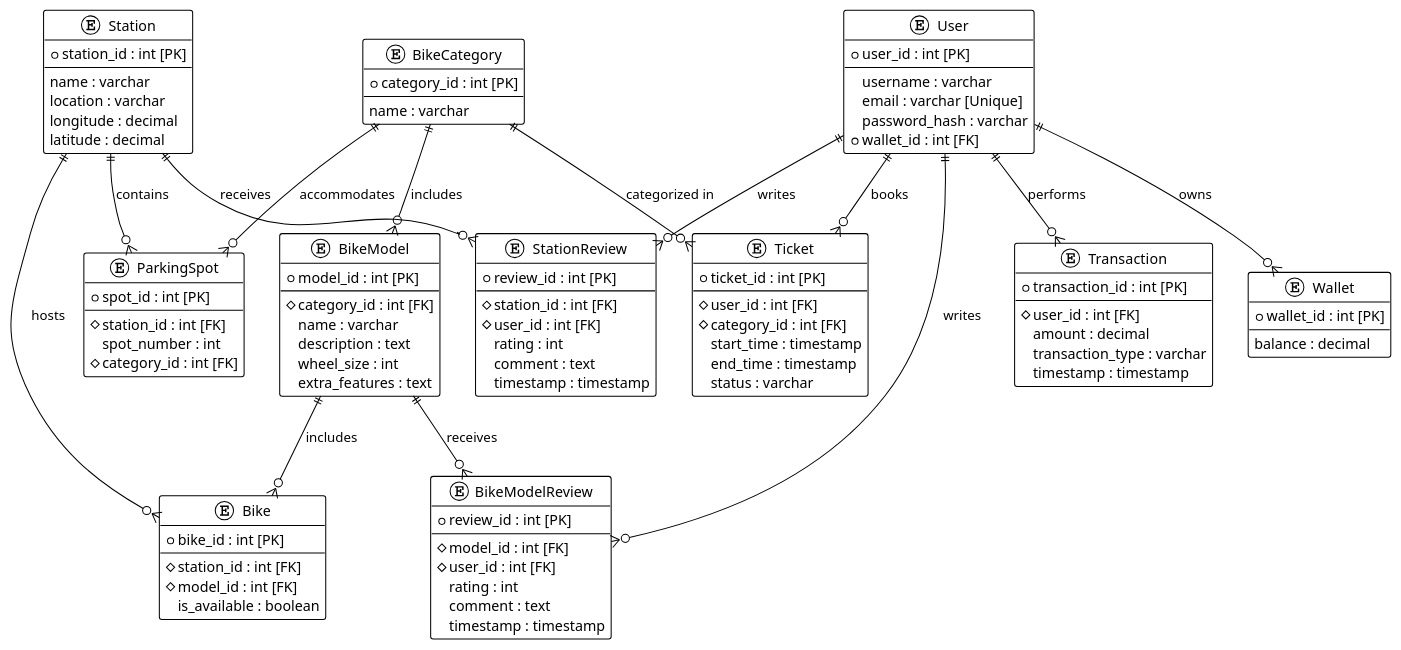
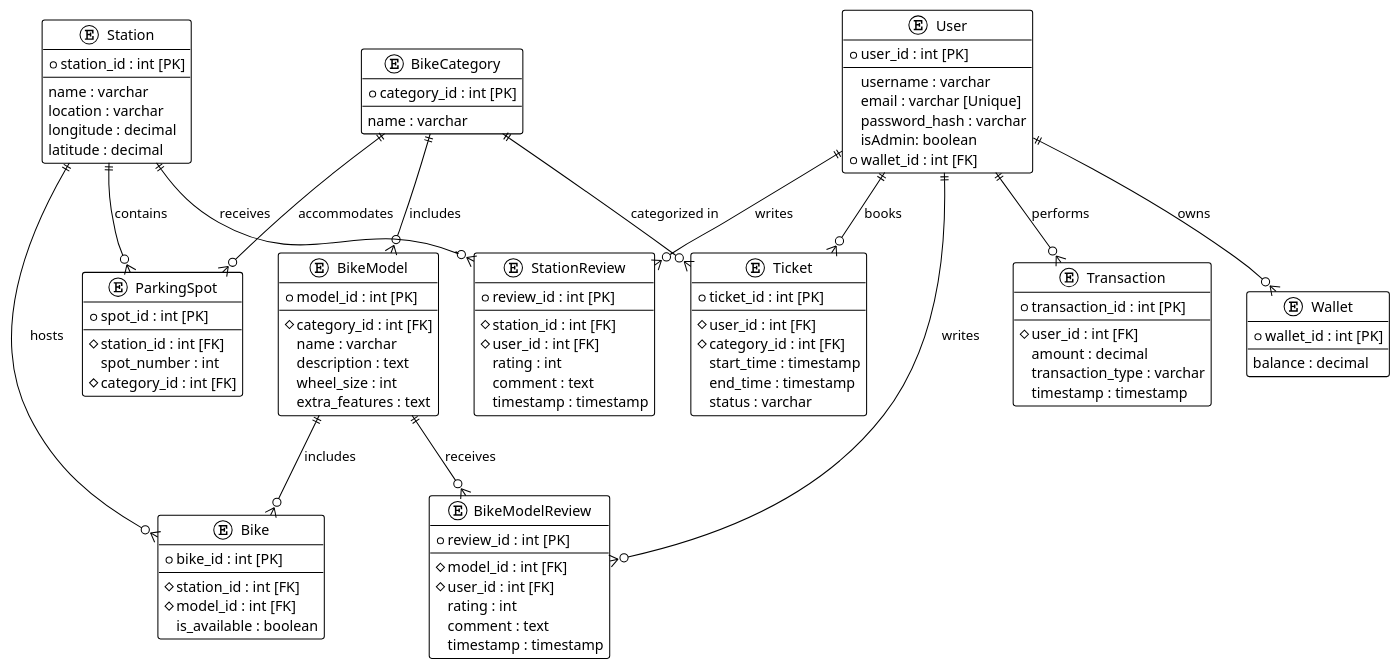
The diagram in database.puml (uni-aau/web-project), drawn with PlantUML before and after one commit. The commit also changed 5 other files, not shown here.

```diff
--- a/database.puml
+++ b/database.puml
@@ -1,113 +1,114 @@
 @startuml
 !theme plain
 
 entity "User" {
   +user_id : int [PK]
   --
   username : varchar
   email : varchar [Unique]
   password_hash : varchar
+  isAdmin: boolean
   +wallet_id : int [FK]
 }
 
 entity "Wallet" {
   +wallet_id : int [PK]
   --
   balance : decimal
 }
 
 entity "Station" {
   +station_id : int [PK]
   --
   name : varchar
   location : varchar
   longitude : decimal
   latitude : decimal
 }
 
 entity "BikeCategory" {
   +category_id : int [PK]
   --
   name : varchar
 }
 
 entity "BikeModel" {
   +model_id : int [PK]
   --
   #category_id : int [FK]
   name : varchar
   description : text
   wheel_size : int
   extra_features : text
 }
 
 entity "Bike" {
   +bike_id : int [PK]
   --
   #station_id : int [FK]
   #model_id : int [FK]
   is_available : boolean
 }
 
 entity "Ticket" {
   +ticket_id : int [PK]
   --
   #user_id : int [FK]
   #category_id : int [FK]
   start_time : timestamp
   end_time : timestamp
   status : varchar
 }
 
 entity "Transaction" {
   +transaction_id : int [PK]
   --
   #user_id : int [FK]
   amount : decimal
   transaction_type : varchar
   timestamp : timestamp
 }
 
 entity "ParkingSpot" {
   +spot_id : int [PK]
   --
   #station_id : int [FK]
   spot_number : int
   #category_id : int [FK]
 }
 
 entity "StationReview" {
   +review_id : int [PK]
   --
   #station_id : int [FK]
   #user_id : int [FK]
   rating : int
   comment : text
   timestamp : timestamp
 }
 
 entity "BikeModelReview" {
   +review_id : int [PK]
   --
   #model_id : int [FK]
   #user_id : int [FK]
   rating : int
   comment : text
   timestamp : timestamp
 }
 
 User ||--o{ Wallet : "owns"
 User ||--o{ Ticket : "books"
 User ||--o{ Transaction : "performs"
 User ||--o{ StationReview : "writes"
 User ||--o{ BikeModelReview : "writes"
 Station ||--o{ Bike : "hosts"
 Station ||--o{ StationReview : "receives"
 Station ||--o{ ParkingSpot : "contains"
 BikeCategory ||--o{ BikeModel : "includes"
 BikeModel ||--o{ Bike : "includes"
 BikeModel ||--o{ BikeModelReview : "receives"
 BikeCategory ||--o{ Ticket : "categorized in"
 BikeCategory ||--o{ ParkingSpot : "accommodates"
 
 @enduml
```
